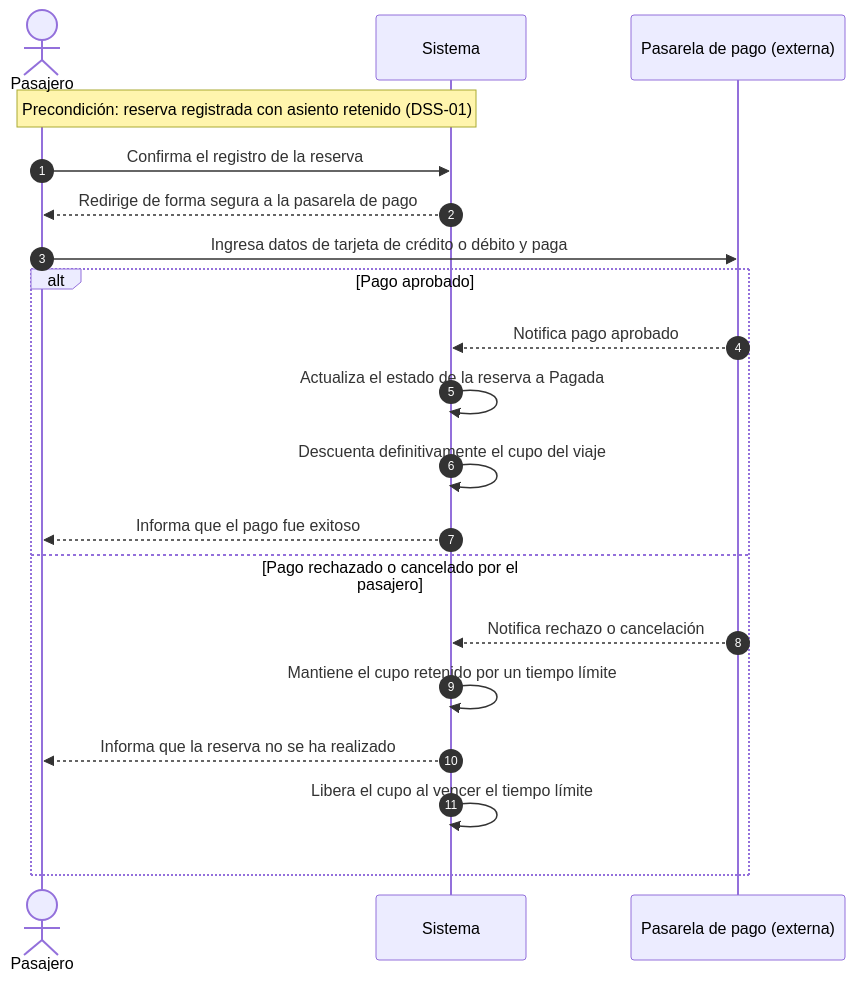
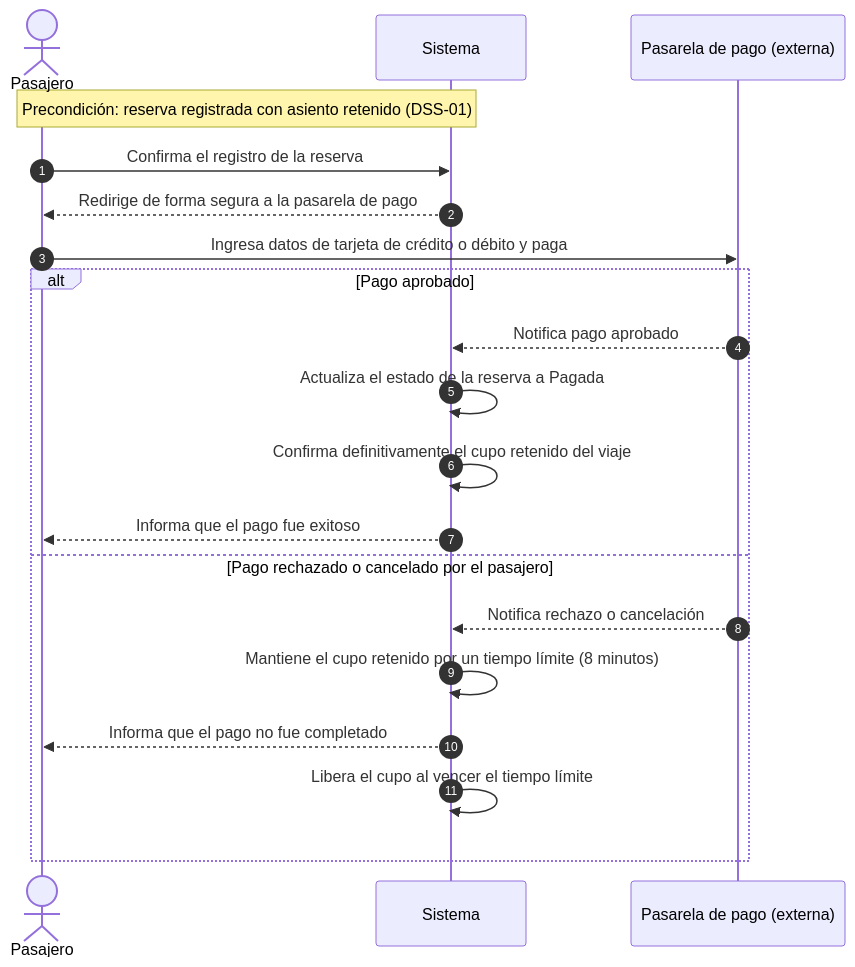
Before and after one commit to IngReqGrupo2/Proyecto_TransporteHaciaConcierto: the diagram in diagramas/dss-02.mmd, drawn with Mermaid. The commit also changed 44 other files, not shown here.

```diff
--- a/diagramas/dss-02.mmd
+++ b/diagramas/dss-02.mmd
@@ -1,23 +1,23 @@
 sequenceDiagram
     autonumber
     actor Pasajero
     participant Sistema
     participant Pasarela as Pasarela de pago (externa)
 
     Note over Pasajero,Sistema: Precondición: reserva registrada con asiento retenido (DSS-01)
 
     Pasajero->>Sistema: Confirma el registro de la reserva
     Sistema-->>Pasajero: Redirige de forma segura a la pasarela de pago
     Pasajero->>Pasarela: Ingresa datos de tarjeta de crédito o débito y paga
 
     alt Pago aprobado
         Pasarela-->>Sistema: Notifica pago aprobado
         Sistema->>Sistema: Actualiza el estado de la reserva a Pagada
-        Sistema->>Sistema: Descuenta definitivamente el cupo del viaje
+        Sistema->>Sistema: Confirma definitivamente el cupo retenido del viaje
         Sistema-->>Pasajero: Informa que el pago fue exitoso
     else Pago rechazado o cancelado por el pasajero
         Pasarela-->>Sistema: Notifica rechazo o cancelación
-        Sistema->>Sistema: Mantiene el cupo retenido por un tiempo límite
-        Sistema-->>Pasajero: Informa que la reserva no se ha realizado
+        Sistema->>Sistema: Mantiene el cupo retenido por un tiempo límite (8 minutos)
+        Sistema-->>Pasajero: Informa que el pago no fue completado
         Sistema->>Sistema: Libera el cupo al vencer el tiempo límite
     end
```
